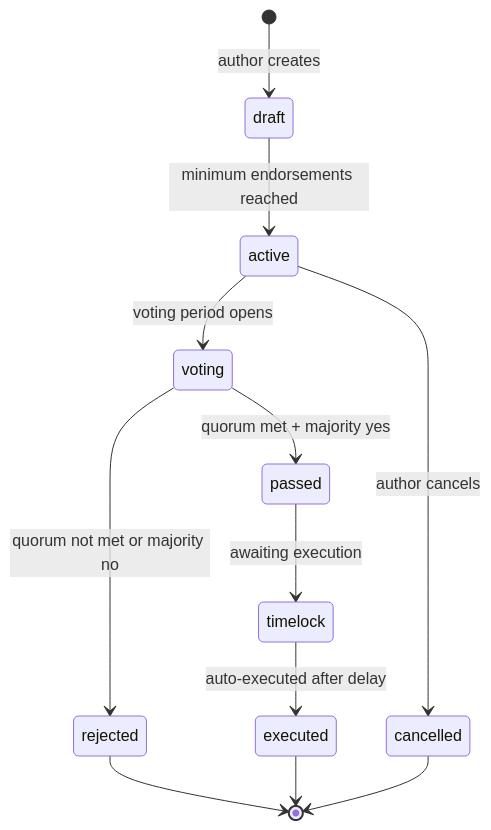
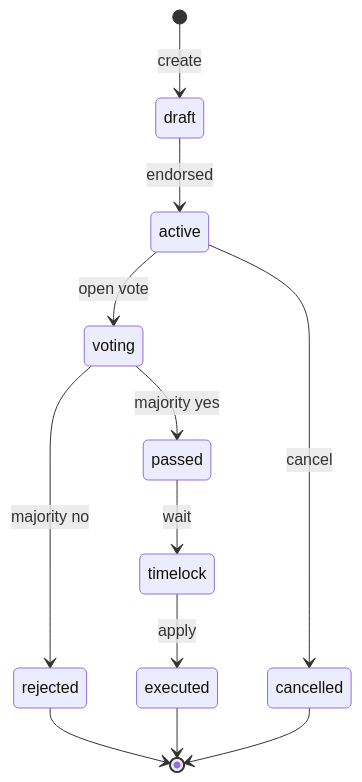
The first of 3 diagrams in packages/docs/content/docs/getting-started/core-concepts/dao.md (claw-network/clawnet), drawn with Mermaid before and after one commit. The commit also changed other lines of this file and 14 other files, not shown here.

First line of the commit message:
Refactor diagrams and improve clarity in DAO, Identity, Markets, Reputation, Service Contracts, and Wallet documentation

````diff
--- a/packages/docs/content/docs/getting-started/core-concepts/dao.md
+++ b/packages/docs/content/docs/getting-started/core-concepts/dao.md
@@ -26,14 +26,14 @@
 ```mermaid
 stateDiagram-v2
-    [*] --> draft: author creates
-    draft --> active: minimum endorsements reached
-    active --> voting: voting period opens
-    voting --> passed: quorum met + majority yes
-    voting --> rejected: quorum not met or majority no
-    passed --> timelock: awaiting execution
-    timelock --> executed: auto-executed after delay
+    [*] --> draft : create
+    draft --> active : endorsed
+    active --> voting : open vote
+    voting --> passed : majority yes
+    voting --> rejected : majority no
+    passed --> timelock : wait
+    timelock --> executed : apply
     rejected --> [*]
     executed --> [*]
-    active --> cancelled: author cancels
+    active --> cancelled : cancel
     cancelled --> [*]
 ```
````
